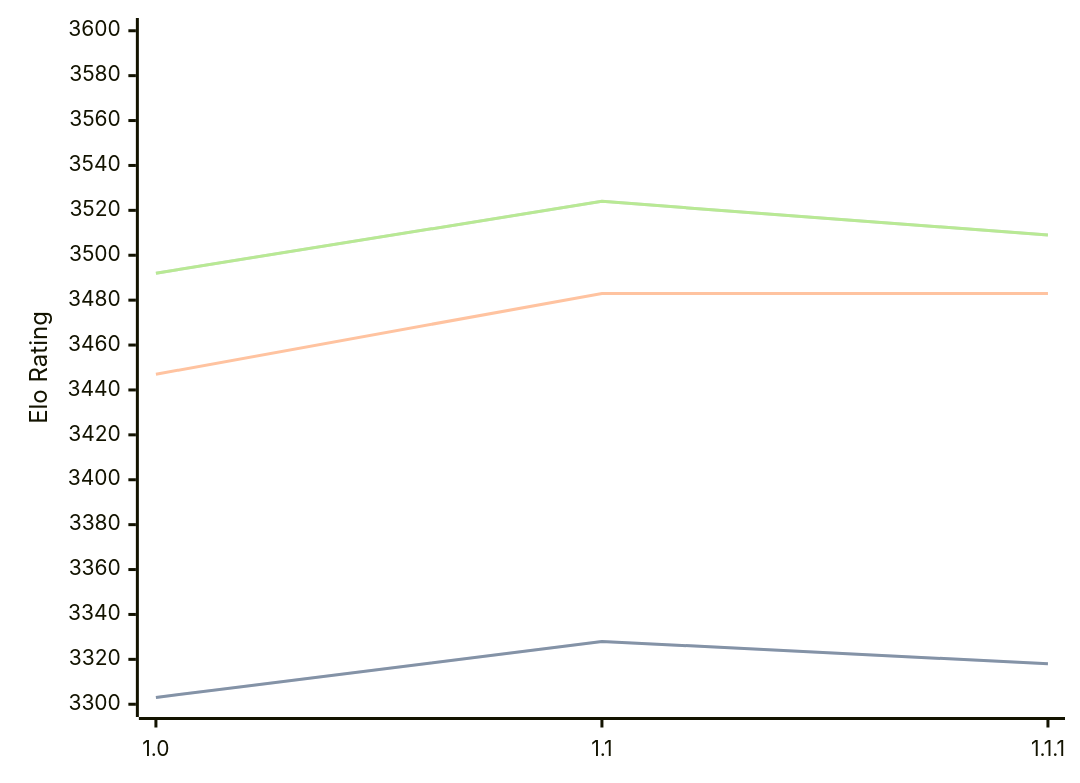
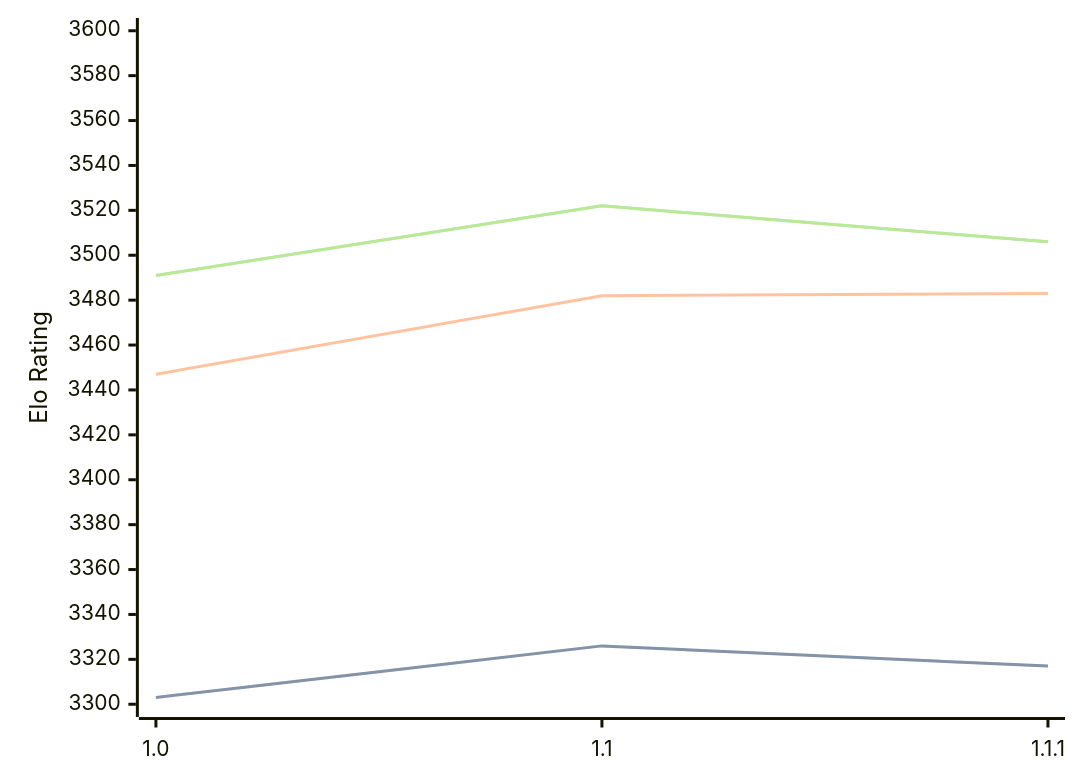
The diagram in engines/Icarus.md (computer-chess-index/cci), drawn with Mermaid before and after one commit. The commit also changed other lines of this file, not shown here.

Commit message:
Update CCI Ratings (ELO VLTC) - 2026-08-03

````diff
--- a/engines/Icarus.md
+++ b/engines/Icarus.md
@@ -33,11 +33,11 @@
 ```mermaid
 %%{init: {"theme":"base","themeVariables":{"seriesColors:['#a3a3a3','#222221','#faa371']}}}%%
 xychart-beta
   x-axis ["1.0", "1.1", "1.1.1"]
   y-axis "Elo Rating" 3300 --> 3600
-  line "STC (8.0+0.08s)" [3303, 3328, 3318]
-  line "STC (8.0+0.08s)" [3303, 3328, 3318]
-  line "LTC (60.0+0.60s)" [3447, 3483, 3483]
-  line "VLTC (2m24s+1.12s)" [3492, 3524, 3509]
-  line "VLTC (2m24s+1.12s)" [3492, 3524, 3509]
+  line "STC (8.0+0.08s)" [3303, 3326, 3317]
+  line "STC (8.0+0.08s)" [3303, 3326, 3317]
+  line "LTC (60.0+0.60s)" [3447, 3482, 3483]
+  line "VLTC (2m24s+1.12s)" [3491, 3522, 3506]
+  line "VLTC (2m24s+1.12s)" [3491, 3522, 3506]
 ```
````
